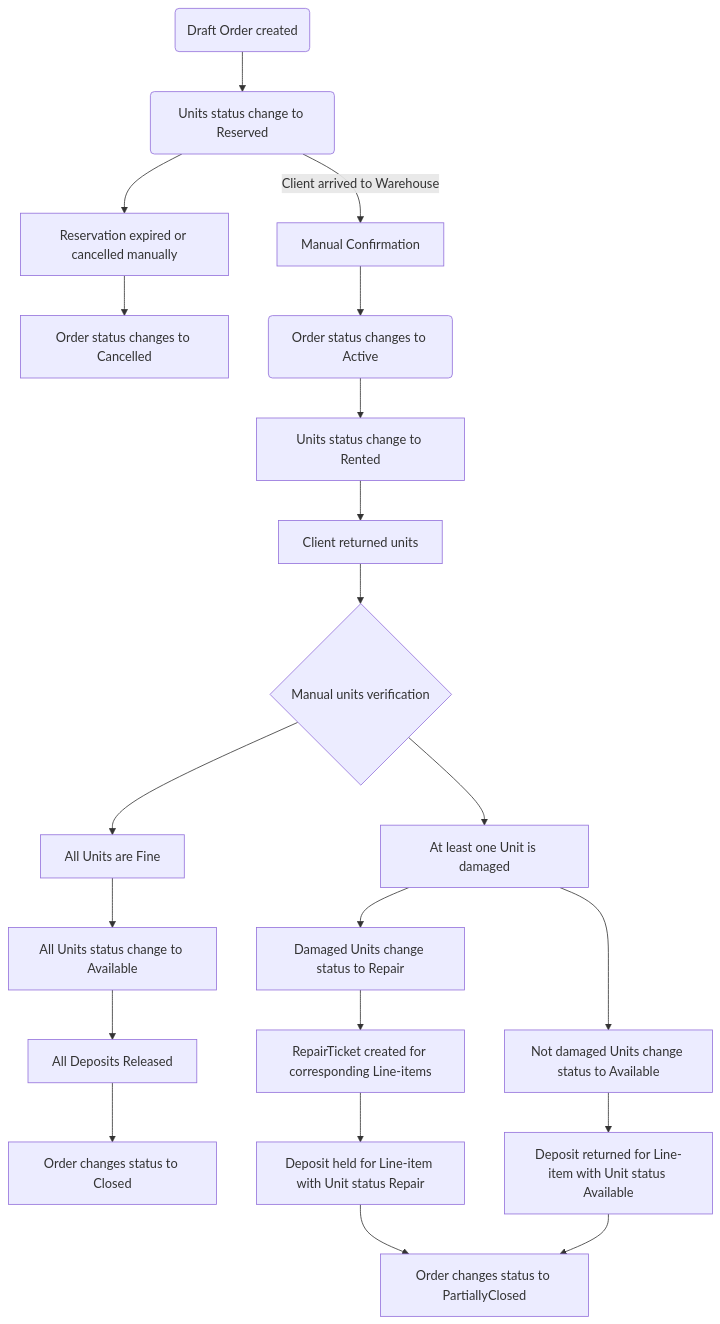
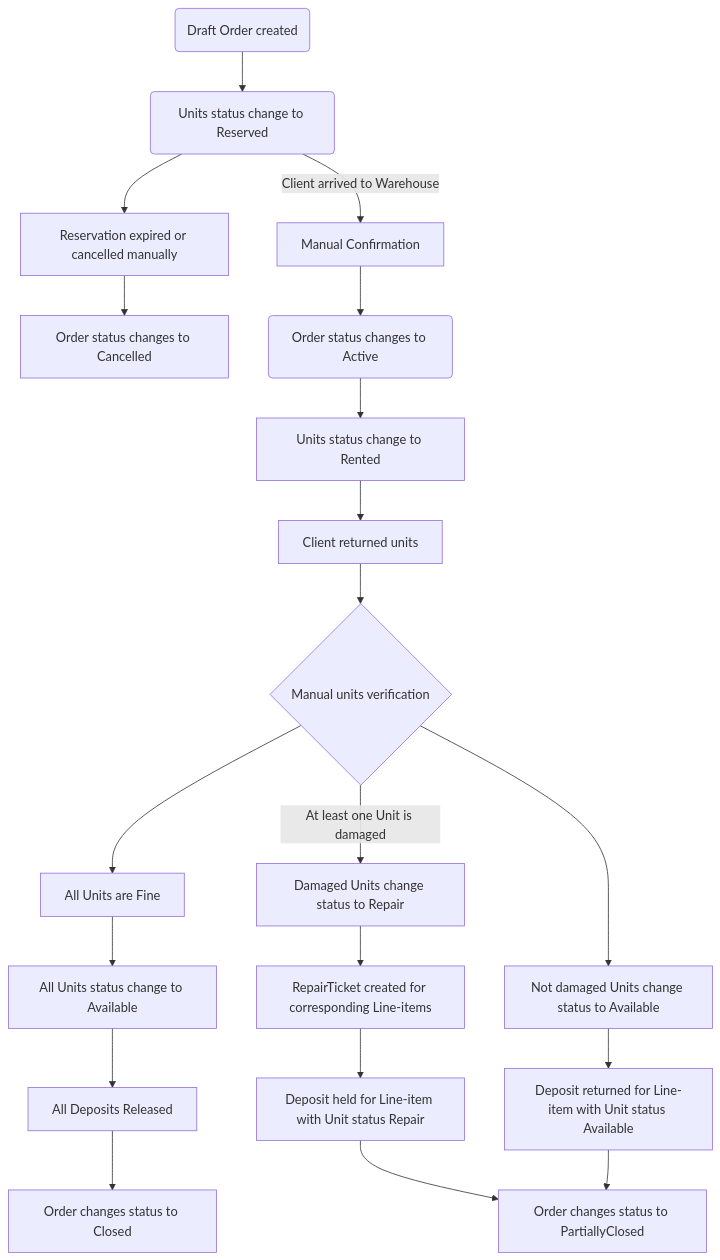
Before and after one commit to Diamko94/rentals1: the diagram in Flowchart.md, drawn with Mermaid.

````diff
--- a/Flowchart.md
+++ b/Flowchart.md
@@ -1,31 +1,30 @@
 ```mermaid
 flowchart TD
 
     %% Бронироваие
     A(Draft Order created) --> B(Units status change to Reserved)
 
     %% Выдача
     B --> |Client arrived to Warehouse| I[Manual Confirmation]
     B --> E[Reservation expired or cancelled manually]
     E --> F[Order status changes to Cancelled]
     I --> J(Order status changes to Active)
 
     %% Возврат
     J --> X[Units status change to Rented]
     X --> K[Client returned units]
     K --> L{Manual units verification}
     L --> M[All Units are Fine] 
     M --> N[All Units status change to Available]
-    L --> O[At least one Unit is damaged]
-    O --> P[Damaged Units change status to Repair]
+    L -->|At least one Unit is damaged| P[Damaged Units change status to Repair]
     P --> R[RepairTicket created for corresponding Line-items]
-    O --> T[Not damaged Units change status to Available]
+    L --> T[Not damaged Units change status to Available]
 
     %% Расчет
     N --> Q[All Deposits Released]
     Q --> V[Order changes status to Closed]
     R --> S[Deposit held for Line-item with Unit status Repair]
     T --> U[Deposit returned for Line-item with Unit status Available]
     S --> W[Order changes status to PartiallyClosed]
     U --> W[Order changes status to PartiallyClosed]
 ```
````
